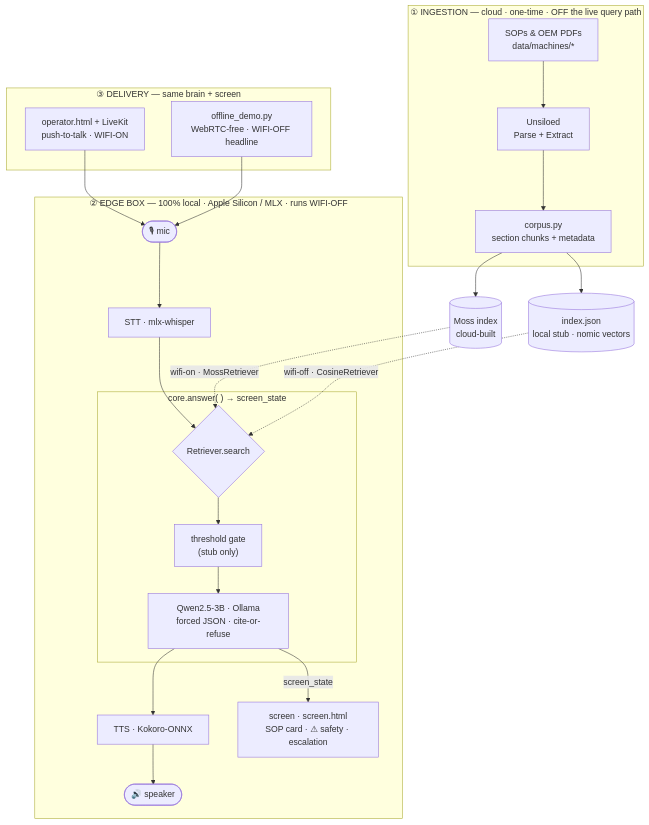
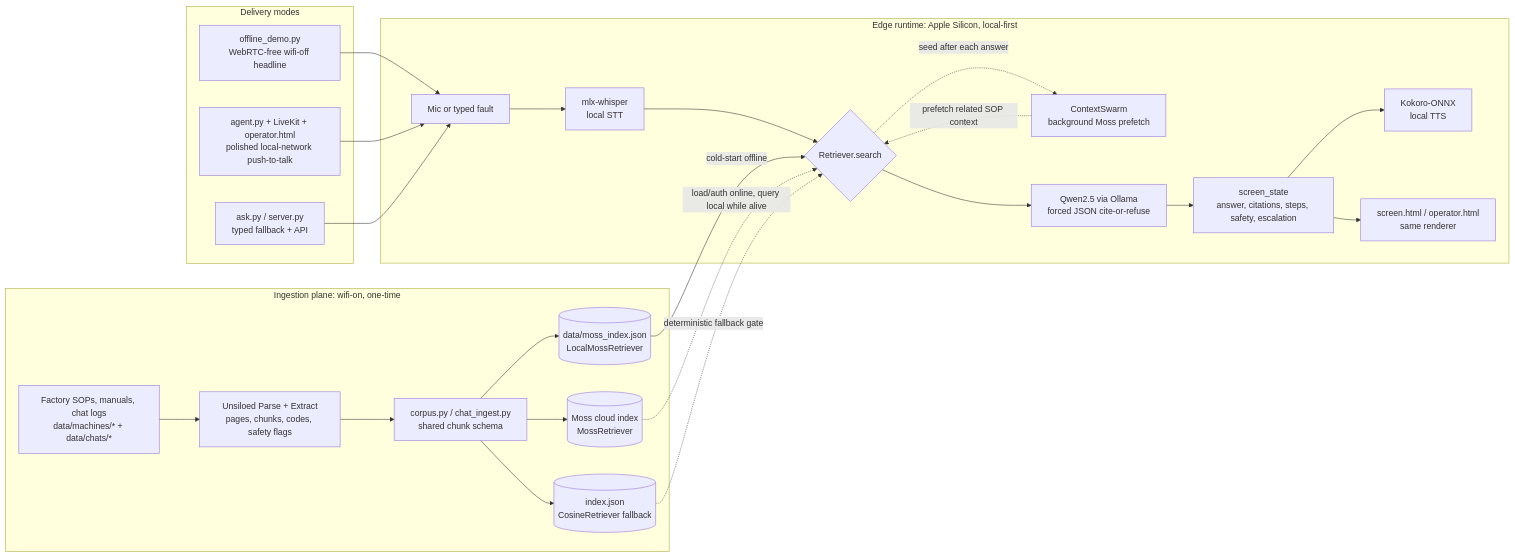
Before and after one commit to J4Joshua/manuaI: the diagram in README.md, drawn with Mermaid. The commit also changed other lines of this file, not shown here.

````diff
--- a/README.md
+++ b/README.md
@@ -16,28 +26,44 @@
 ```mermaid
-flowchart TB
-  subgraph ING["① INGESTION — cloud · one-time · OFF the live query path"]
-    DOCS["SOPs &amp; OEM PDFs<br/>data/machines/*"] --> UNS["Unsiloed<br/>Parse + Extract"] --> CH["corpus.py<br/>section chunks + metadata"]
-  end
-  CH --> MX[("Moss index<br/>cloud-built")]
-  CH --> IX[("index.json<br/>local stub · nomic vectors")]
-
-  subgraph EDGE["② EDGE BOX — 100% local · Apple Silicon / MLX · runs WIFI-OFF"]
-    MIC(["🎙 mic"]) --> STT["STT · mlx-whisper"]
-    STT --> SEEK
-    subgraph CORE["core.answer( ) → screen_state"]
-      SEEK{"Retriever.search"} --> GATE["threshold gate<br/>(stub only)"] --> QWEN["Qwen2.5-3B · Ollama<br/>forced JSON · cite-or-refuse"]
-    end
-    QWEN --> TTS["TTS · Kokoro-ONNX"] --> SPK(["🔊 speaker"])
-    QWEN -->|screen_state| UIS["screen · screen.html<br/>SOP card · ⚠ safety · escalation"]
+flowchart LR
+  subgraph ING["Ingestion plane: wifi-on, one-time"]
+    DOCS["Factory SOPs, manuals, chat logs<br/>data/machines/* + data/chats/*"]
+    UNS["Unsiloed Parse + Extract<br/>pages, chunks, codes, safety flags"]
+    CORPUS["corpus.py / chat_ingest.py<br/>shared chunk schema"]
+    DOCS --> UNS --> CORPUS
+    CORPUS --> LOCAL_MOSS[("data/moss_index.json<br/>LocalMossRetriever")]
+    CORPUS --> CLOUD_MOSS[("Moss cloud index<br/>MossRetriever")]
+    CORPUS --> COSINE[("index.json<br/>CosineRetriever fallback")]
   end
 
-  MX -. "wifi-on · MossRetriever" .-> SEEK
-  IX -. "wifi-off · CosineRetriever" .-> SEEK
+  subgraph EDGE["Edge runtime: Apple Silicon, local-first"]
+    MIC["Mic or typed fault"]
+    STT["mlx-whisper<br/>local STT"]
+    RETRIEVE{"Retriever.search"}
+    SWARM["ContextSwarm<br/>background Moss prefetch"]
+    QWEN["Qwen2.5 via Ollama<br/>forced JSON cite-or-refuse"]
+    STATE["screen_state<br/>answer, citations, steps, safety, escalation"]
+    TTS["Kokoro-ONNX<br/>local TTS"]
+    SCREEN["screen.html / operator.html<br/>same renderer"]
 
-  subgraph DEL["③ DELIVERY — same brain + screen"]
-    OP["operator.html + LiveKit<br/>push-to-talk · WIFI-ON"]
-    OFF["offline_demo.py<br/>WebRTC-free · WIFI-OFF headline"]
+    MIC --> STT --> RETRIEVE
+    RETRIEVE --> QWEN --> STATE
+    STATE --> TTS
+    STATE --> SCREEN
+    SWARM -. "prefetch related SOP context" .-> RETRIEVE
+    RETRIEVE -. "seed after each answer" .-> SWARM
   end
-  OP --> MIC
+
+  subgraph MODES["Delivery modes"]
+    OFF["offline_demo.py<br/>WebRTC-free wifi-off headline"]
+    LK["agent.py + LiveKit + operator.html<br/>polished local-network push-to-talk"]
+    CLI["ask.py / server.py<br/>typed fallback + API"]
+  end
+
+  LOCAL_MOSS -->|"cold-start offline"| RETRIEVE
+  CLOUD_MOSS -. "load/auth online, query local while alive" .-> RETRIEVE
+  COSINE -. "deterministic fallback gate" .-> RETRIEVE
+
   OFF --> MIC
+  LK --> MIC
+  CLI --> MIC
 ```
````
